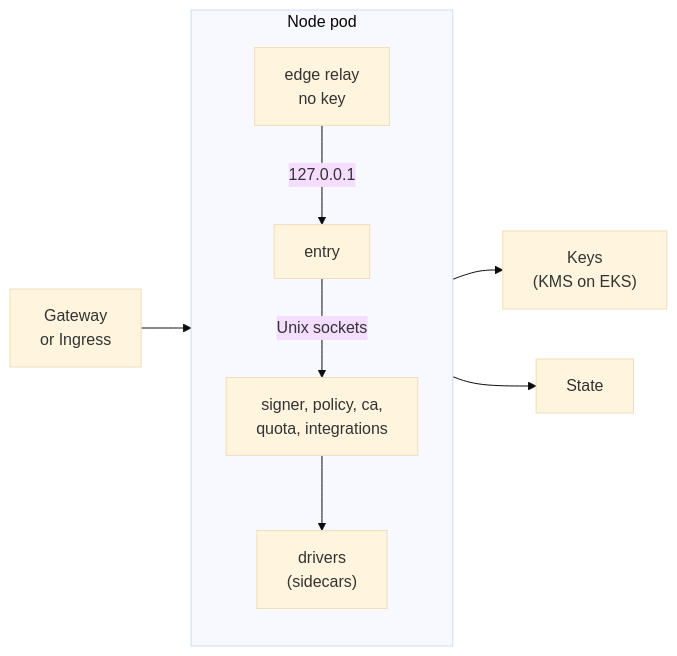
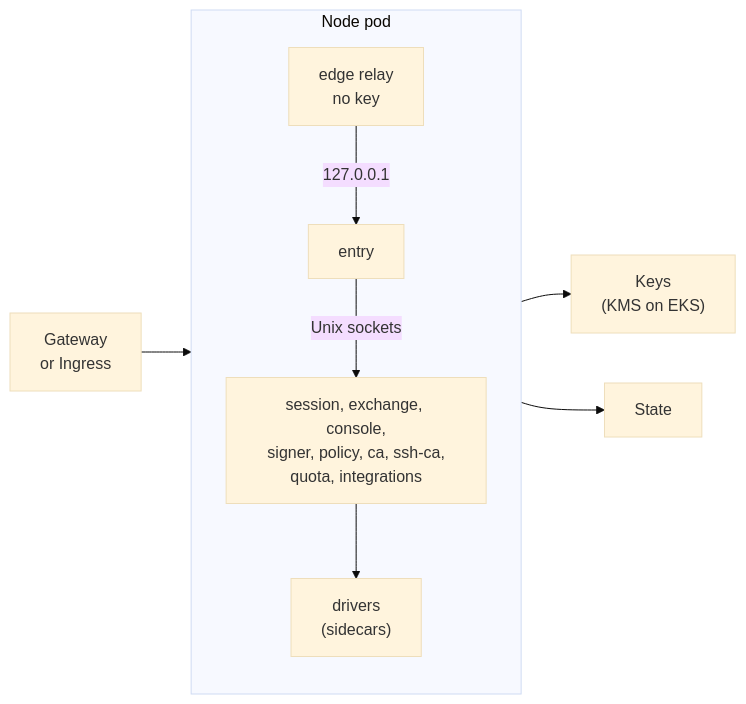
One commit to truvity/sluis changed the first of 2 diagrams in docs/runtimes/kubernetes.md. Above: the diagram before and after it, drawn with Mermaid (base theme). The commit also changed other lines of this file and 33 other files, not shown here.

````diff
--- a/docs/runtimes/kubernetes.md
+++ b/docs/runtimes/kubernetes.md
@@ -21,16 +21,16 @@
 ```mermaid
 flowchart LR
   gw["Gateway<br/>or Ingress"] --> node
   subgraph node["Node pod"]
     direction TB
     relay["edge relay<br/>no key"]
     entry["entry"]
-    core["signer, policy, ca,<br/>quota, integrations"]
+    core["session, exchange, console,<br/>signer, policy, ca, ssh-ca,<br/>quota, integrations"]
     drv["drivers<br/>(sidecars)"]
     relay -- "127.0.0.1" --> entry
     entry -- "Unix sockets" --> core
     core --> drv
   end
   node --> keys["Keys<br/>(KMS on EKS)"]
   node --> state["State"]
 ```
````
